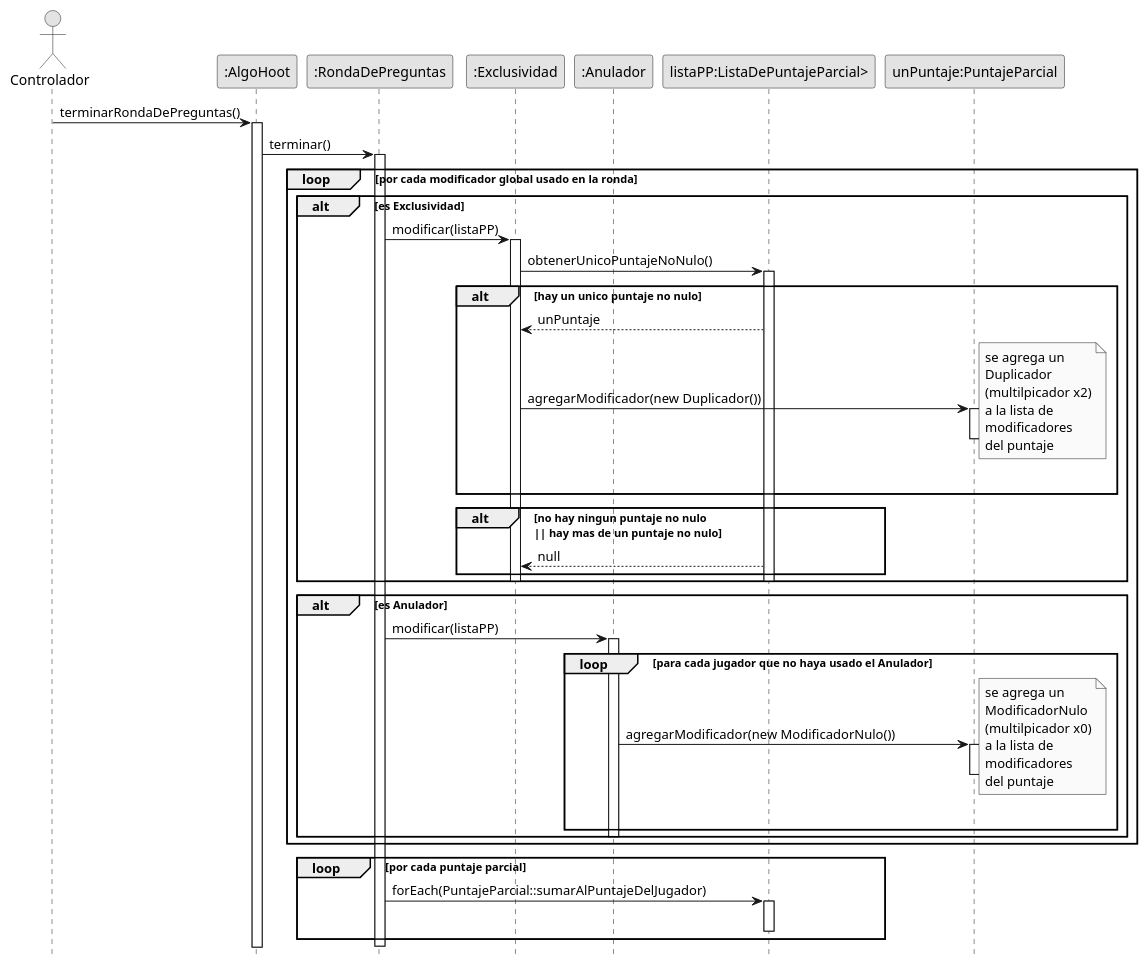
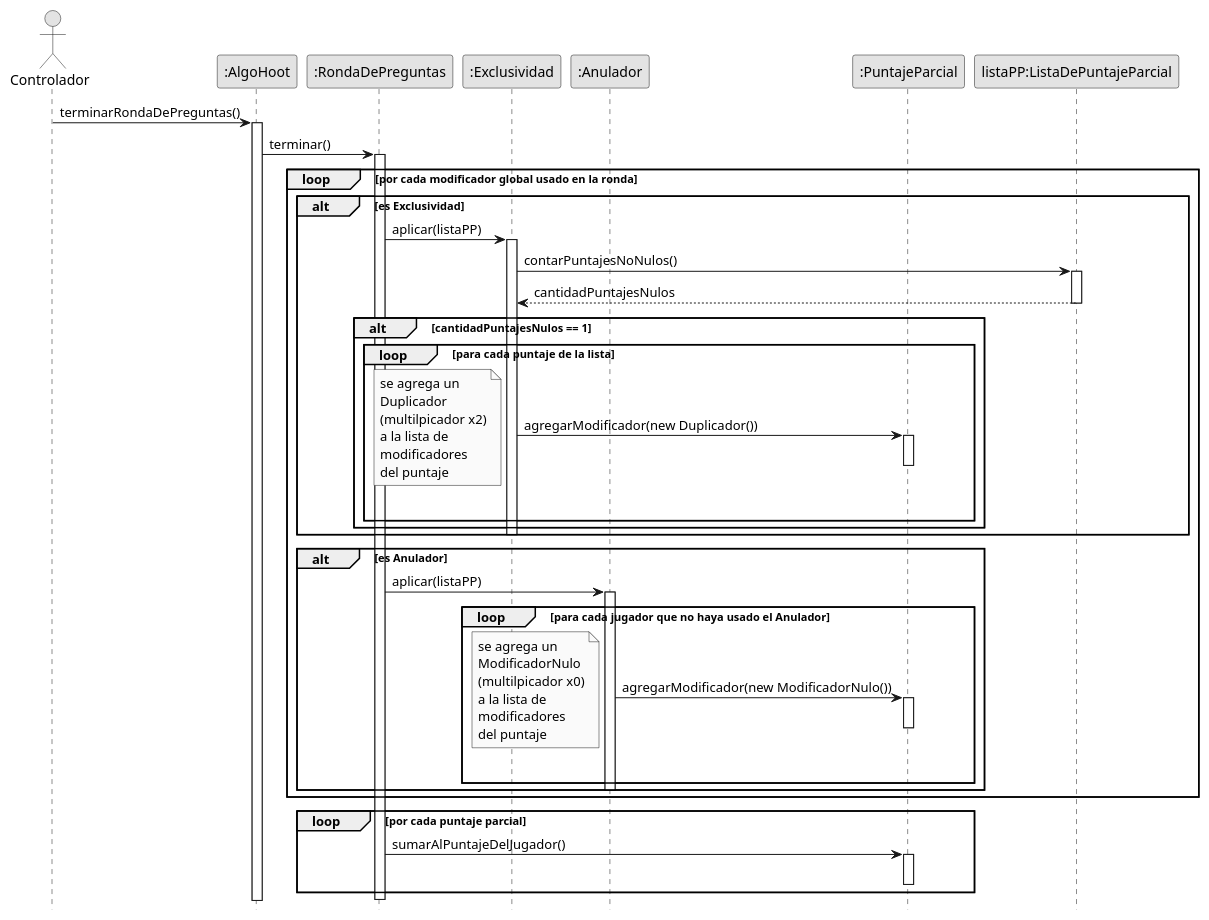
One commit to ValentinMarturet/ALGO3-TP2 changed the diagram in diagrams/sequences/entregaFinal/terminarRondaDePreguntas.puml. Above: the diagram before and after it, drawn with PlantUML. The commit also changed 1 other file, not shown here.

Commit message:
modificacion diagrama terminar ronda

```diff
--- a/diagrams/sequences/entregaFinal/terminarRondaDePreguntas.puml
+++ b/diagrams/sequences/entregaFinal/terminarRondaDePreguntas.puml
@@ -1,74 +1,76 @@
 @startuml terminarRondaDePreguntas
 skinparam monochrome true
 hide footbox
 skinparam classAttributeIconSize 0
 
 
 actor "Controlador" as test
 participant ":AlgoHoot" as ah
 participant ":RondaDePreguntas" as r
 participant ":Exclusividad" as ex
 participant ":Anulador" as an
-participant "listaPP:ListaDePuntajeParcial>" as pp
-participant "unPuntaje:PuntajeParcial" as uP
+participant ":PuntajeParcial" as uP
+participant "listaPP:ListaDePuntajeParcial" as pp
 
 
 test -> ah: terminarRondaDePreguntas()
 activate ah
 ah -> r: terminar()
 activate r
     loop por cada modificador global usado en la ronda
         alt es Exclusividad
-        r -> ex: modificar(listaPP)
+        r -> ex: aplicar(listaPP)
         activate ex
-            ex -> pp: obtenerUnicoPuntajeNoNulo()
+            ex -> pp: contarPuntajesNoNulos()
             activate pp
-                alt hay un unico puntaje no nulo
-                    ex <-- pp: unPuntaje
+            ex <-- pp: cantidadPuntajesNulos
+            deactivate pp
+                alt cantidadPuntajesNulos == 1
+                    loop para cada puntaje de la lista
 
                     ex -> uP: agregarModificador(new Duplicador())
-
-                    note right
+                    activate uP
+                    deactivate uP
+                    note left
                         se agrega un
                         Duplicador
                         (multilpicador x2)
                         a la lista de
                         modificadores
                         del puntaje
                     endnote
-                    activate uP
-                    deactivate uP
+                    end
+
+
                 end
-                alt no hay ningun puntaje no nulo \n|| hay mas de un puntaje no nulo
-                    ex <-- pp: null
-                end
-            deactivate pp
+
+
         deactivate ex
 
         end
         alt es Anulador
-        r -> an: modificar(listaPP)
+        r -> an: aplicar(listaPP)
         activate an
             loop para cada jugador que no haya usado el Anulador
                 an -> uP: agregarModificador(new ModificadorNulo())
-                note right
+                note left
                     se agrega un
                     ModificadorNulo
                     (multilpicador x0)
                     a la lista de
                     modificadores
                     del puntaje
                 endnote
                 activate uP
                 deactivate uP
             end
         deactivate an
         end
     end
     loop por cada puntaje parcial
-        r -> pp: forEach(PuntajeParcial::sumarAlPuntajeDelJugador)
-        activate pp
-        deactivate pp
+        r -> uP: sumarAlPuntajeDelJugador()
+        activate uP
+        deactivate uP
     end
 deactivate r
 @enduml
```
